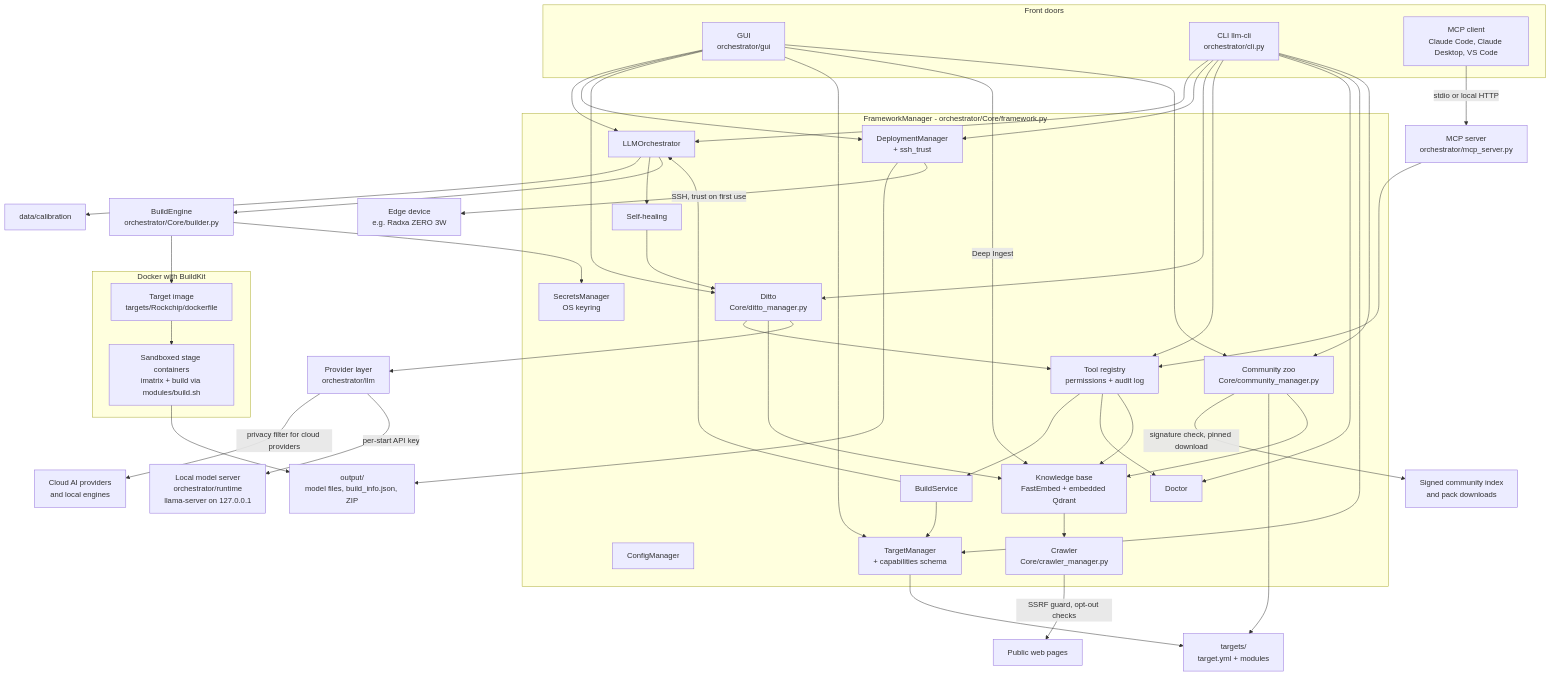
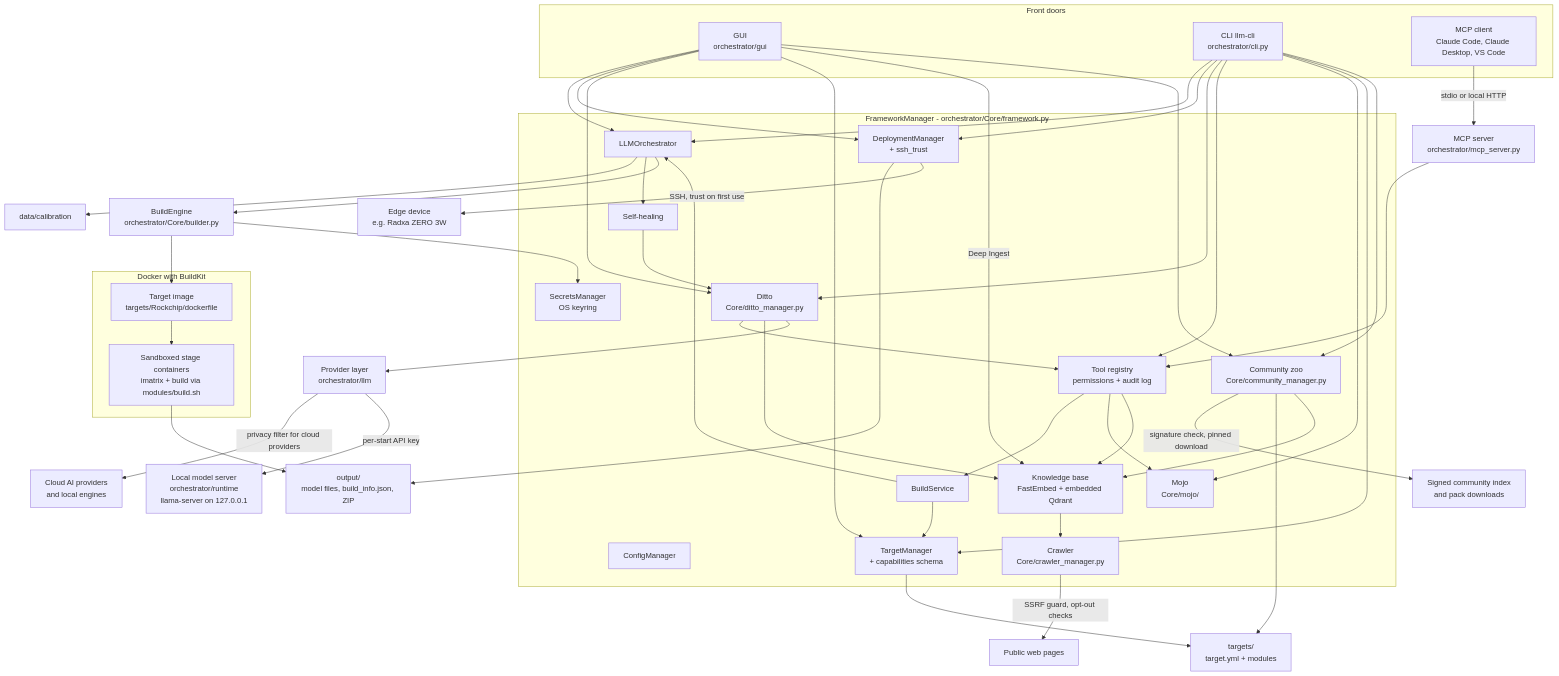
Before and after one commit to Smilez1985/LLM_Cross-Compiler_Framework: the first of 2 diagrams in docs/BLUEPRINT.md, drawn with Mermaid. The commit also changed other lines of this file and 61 other files, not shown here.

```diff
--- a/docs/BLUEPRINT.md
+++ b/docs/BLUEPRINT.md
@@ -98,7 +98,7 @@
         RAG["Knowledge base<br/>FastEmbed + embedded Qdrant"]
         CRAWL["Crawler<br/>Core/crawler_manager.py"]
         ZOO["Community zoo<br/>Core/community_manager.py"]
-        DOC["Doctor"]
+        DOC["Mojo<br/>Core/mojo/"]
         DEP["DeploymentManager<br/>+ ssh_trust"]
     end
 
```
